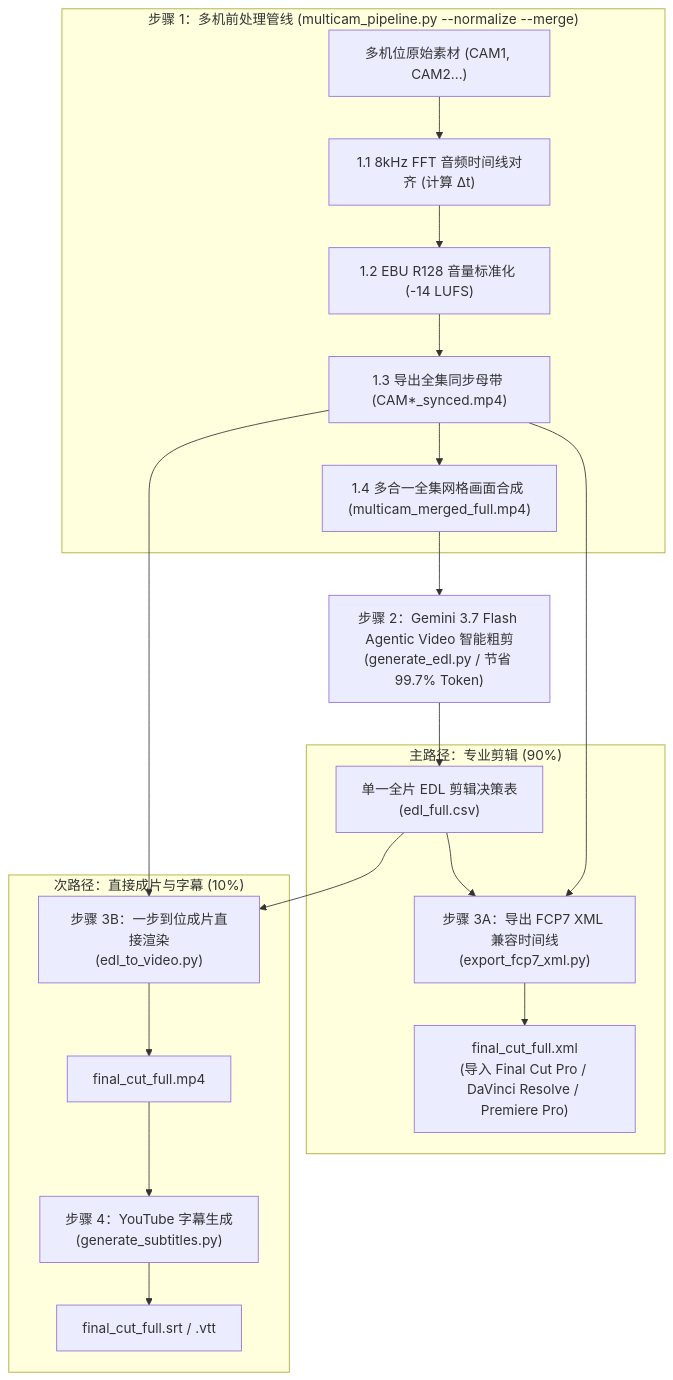
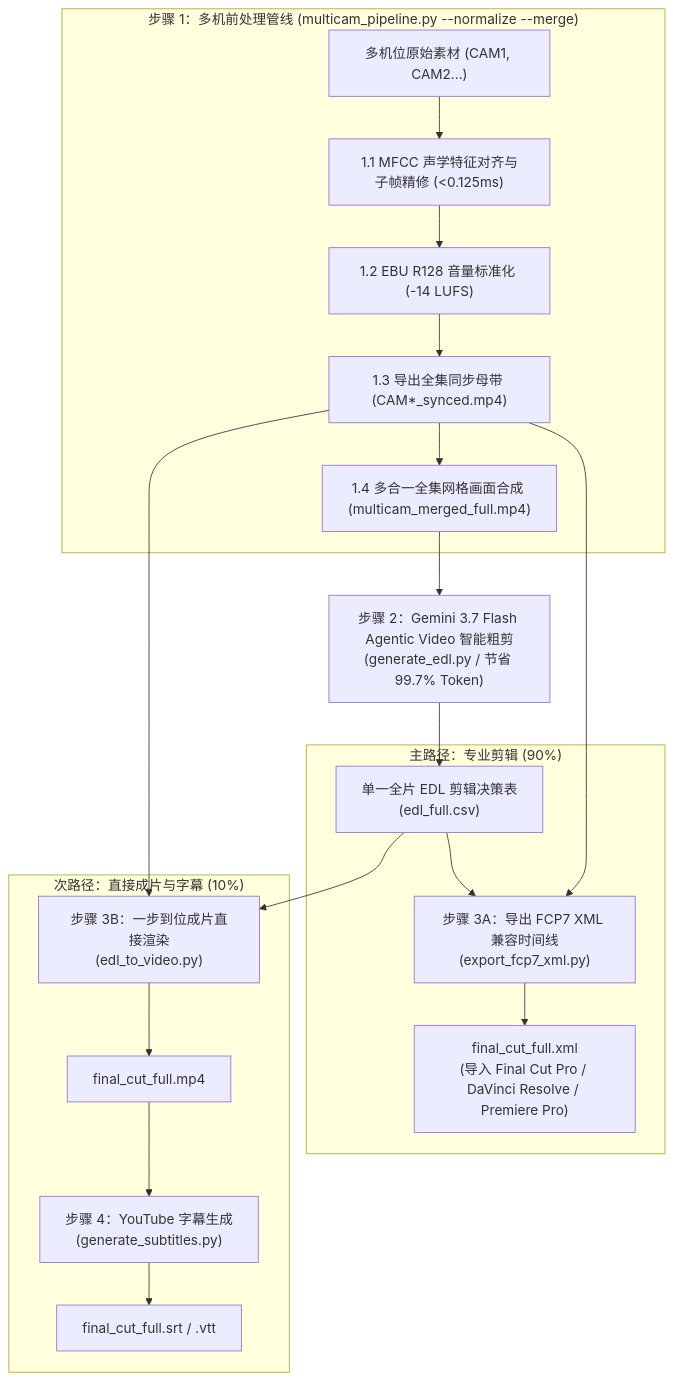
The diagram in README.zh-CN.md (sylphlin/multicam-video-preprocessing), drawn with Mermaid before and after one commit. The commit also changed other lines of this file and 5 other files, not shown here.

Commit message:
docs: Harmonize all 5 READMEs and SKILL.md with MFCC audio sync, CLI examples, and zero-split architecture

````diff
--- a/README.zh-CN.md
+++ b/README.zh-CN.md
@@ -54,26 +54,26 @@
 ```mermaid
 flowchart TD
     subgraph S1["步骤 1：多机前处理管线 (multicam_pipeline.py --normalize --merge)"]
-        A["多机位原始素材 (CAM1, CAM2...)"] --> S1_1["1.1 8kHz FFT 音频时间线对齐 (计算 Δt)"]
+        A["多机位原始素材 (CAM1, CAM2...)"] --> S1_1["1.1 MFCC 声学特征对齐与子帧精修 (<0.125ms)"]
         S1_1 --> S1_2["1.2 EBU R128 音量标准化 (-14 LUFS)"]
         S1_2 --> S1_3["1.3 导出全集同步母带 (CAM*_synced.mp4)"]
         S1_3 --> S1_4["1.4 多合一全集网格画面合成 (multicam_merged_full.mp4)"]
     end
 
     S1_4 --> S2["步骤 2：Gemini 3.7 Flash Agentic Video 智能粗剪<br/>(generate_edl.py / 节省 99.7% Token)"]
     S2 --> EDL["单一全片 EDL 剪辑决策表<br/>(edl_full.csv)"]
 
     subgraph S3A["主路径：专业剪辑 (90%)"]
         S1_3 --> S3A_ACT["步骤 3A：导出 FCP7 XML 兼容时间线<br/>(export_fcp7_xml.py)"]
         EDL --> S3A_ACT
         S3A_ACT --> XML["final_cut_full.xml<br/>(导入 Final Cut Pro / DaVinci Resolve / Premiere Pro)"]
     end
 
     subgraph S3B["次路径：直接成片与字幕 (10%)"]
         S1_3 --> S3B_ACT["步骤 3B：一步到位成片直接渲染<br/>(edl_to_video.py)"]
         EDL --> S3B_ACT
         S3B_ACT --> MP4["final_cut_full.mp4"]
         MP4 --> S4["步骤 4：YouTube 字幕生成<br/>(generate_subtitles.py)"]
         S4 --> SRT["final_cut_full.srt / .vtt"]
     end
 ```
````
